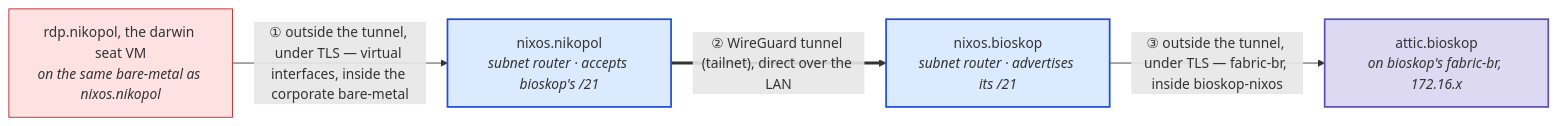
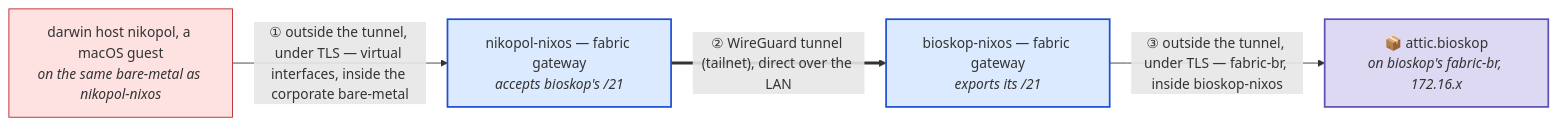
The second of 14 diagrams in docs/private-binary-cache-spec.adoc (seedmatic/ndh), drawn with Mermaid before and after one commit. The commit also changed other lines of this file, not shown here.

First line of the commit message:
docs(cache): sweep inc 2's sections into the vocabulary of 2026-10-16

```diff
--- a/docs/private-binary-cache-spec.adoc
+++ b/docs/private-binary-cache-spec.adoc
@@ -181,16 +186,16 @@
 [mermaid]
 ....
 flowchart LR
-  c["rdp.nikopol, the darwin seat VM<br/><i>on the same bare-metal as nixos.nikopol</i>"]:::clear
-  nn["nixos.nikopol<br/><i>subnet router · accepts bioskop's /21</i>"]:::router
-  nb["nixos.bioskop<br/><i>subnet router · advertises its /21</i>"]:::router
-  a["attic.bioskop<br/><i>on bioskop's fabric-br, 172.16.x</i>"]:::cache
+  c["darwin host nikopol, a macOS guest<br/><i>on the same bare-metal as nikopol-nixos</i>"]:::clear
+  nn["nikopol-nixos — fabric gateway<br/><i>accepts bioskop's /21</i>"]:::router
+  nb["bioskop-nixos — fabric gateway<br/><i>exports its /21</i>"]:::router
+  a["📦 attic.bioskop<br/><i>on bioskop's fabric-br, 172.16.x</i>"]:::cache
 
   c -->|"① outside the tunnel, under TLS — virtual interfaces, inside the corporate bare-metal"| nn
   nn ==>|"② WireGuard tunnel (tailnet), direct over the LAN"| nb
   nb -->|"③ outside the tunnel, under TLS — fabric-br, inside bioskop-nixos"| a
 
   classDef clear fill:#fee2e2,stroke:#b91c1c;
   classDef router fill:#dbeafe,stroke:#1d4ed8,stroke-width:2px;
   classDef cache fill:#ddd9f2,stroke:#5b52b8,stroke-width:2px;
 ....
```
